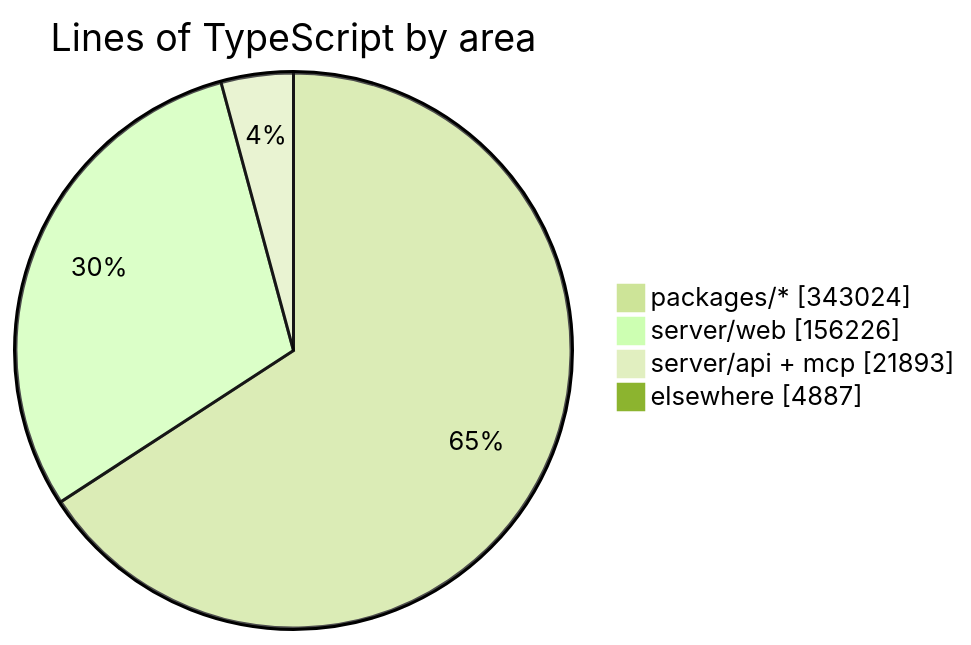
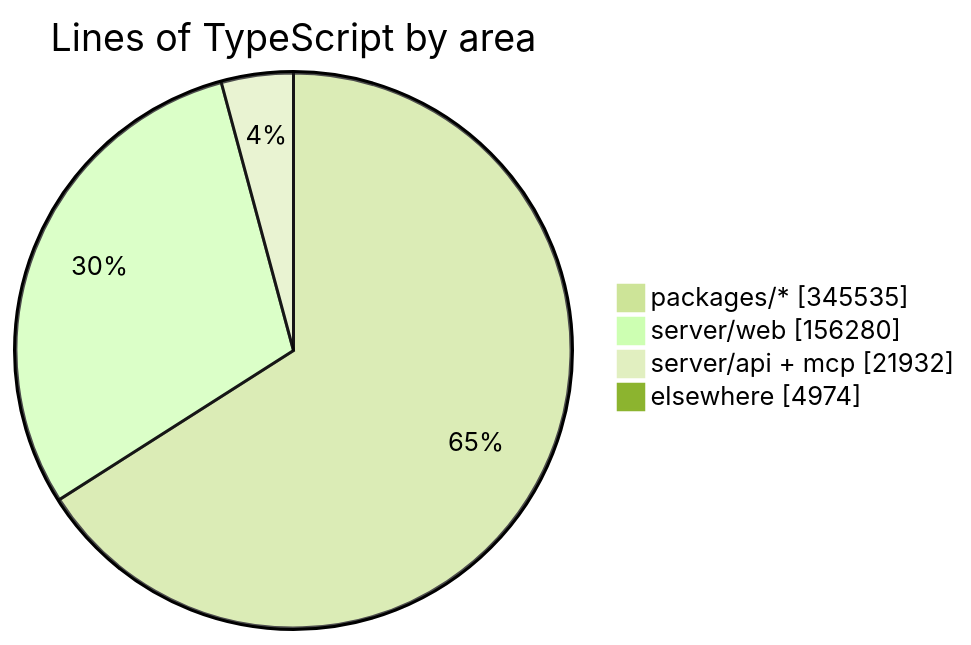
Before and after one commit to crossworks-engineering/mantle: the diagram in README.md, drawn with Mermaid (forest theme). The commit also changed other lines of this file and 2 other files, not shown here.

````diff
--- a/README.md
+++ b/README.md
@@ -294,7 +294,7 @@
 ```mermaid
 pie showData title Lines of TypeScript by area
-    "packages/*" : 343024
-    "server/web" : 156226
-    "server/api + mcp" : 21893
-    "elsewhere" : 4887
+    "packages/*" : 345535
+    "server/web" : 156280
+    "server/api + mcp" : 21932
+    "elsewhere" : 4974
 ```
````
